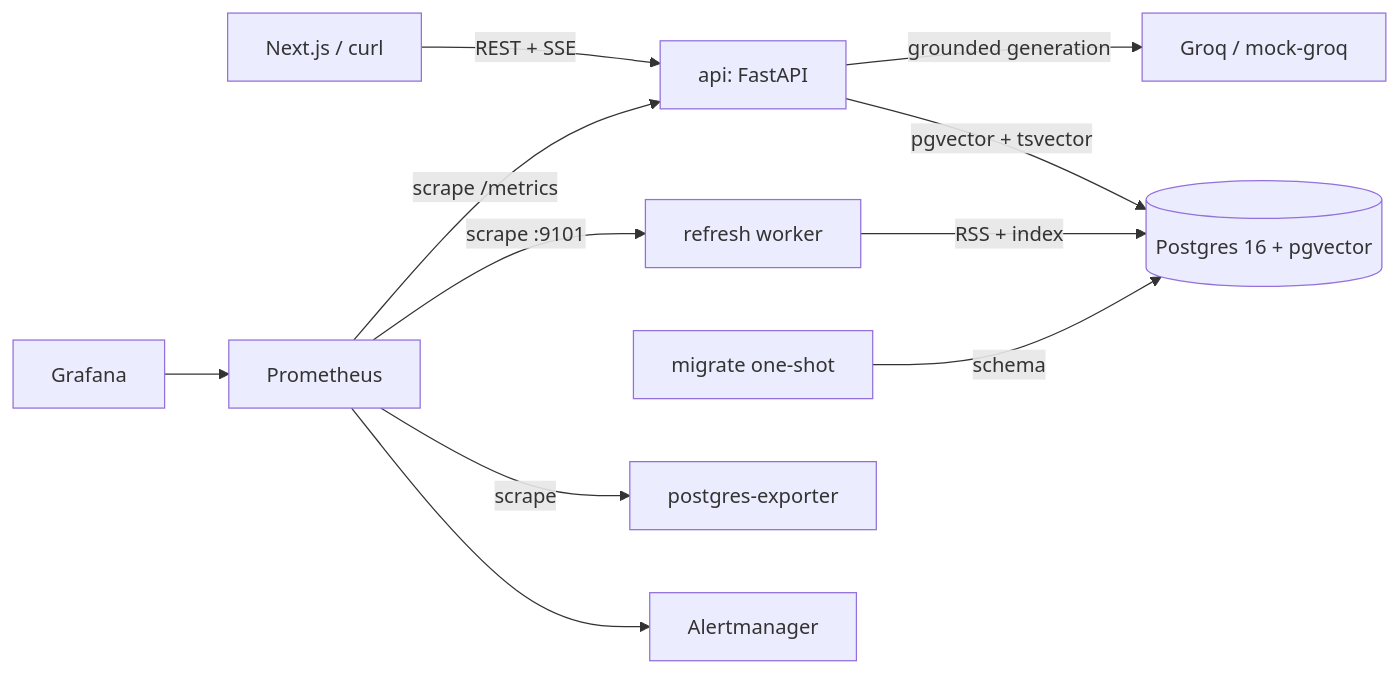
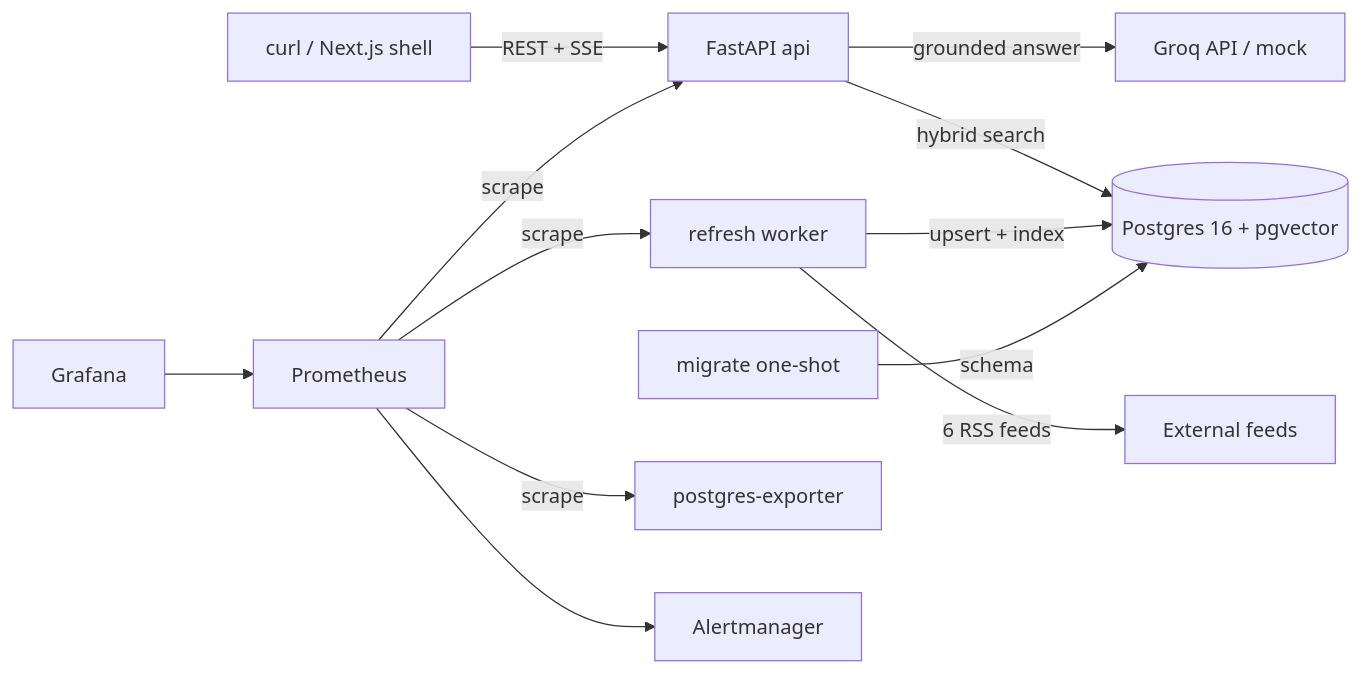
One commit to ima-d-ice/devsec-brief changed the diagram in README.md. Above: the diagram before and after it, drawn with Mermaid. The commit also changed other lines of this file and 60 other files, not shown here.

````diff
--- a/README.md
+++ b/README.md
@@ -32,13 +33,14 @@
 ```mermaid
 flowchart LR
-    Client[Next.js / curl] -->|REST + SSE| API[api: FastAPI]
-    API -->|pgvector + tsvector| PG[(Postgres 16 + pgvector)]
-    API -->|grounded generation| Groq[Groq / mock-groq]
-    Refresh[refresh worker] -->|RSS + index| PG
+    Client[curl / Next.js shell] -->|REST + SSE| API[FastAPI api]
+    API -->|hybrid search| PG[(Postgres 16 + pgvector)]
+    API -->|grounded answer| Groq[Groq API / mock]
+    Refresh[refresh worker] -->|6 RSS feeds| Feeds[External feeds]
+    Refresh -->|upsert + index| PG
     Migrate[migrate one-shot] -->|schema| PG
-    Prom[Prometheus] -->|scrape /metrics| API
-    Prom -->|scrape :9101| Refresh
-    Prom -->|scrape| PGExp[postgres-exporter]
+    Prom[Prometheus] -->|scrape| API
+    Prom -->|scrape| Refresh
+    Prom -->|scrape| PGX[postgres-exporter]
     Prom --> AM[Alertmanager]
     Grafana --> Prom
 ```
````
